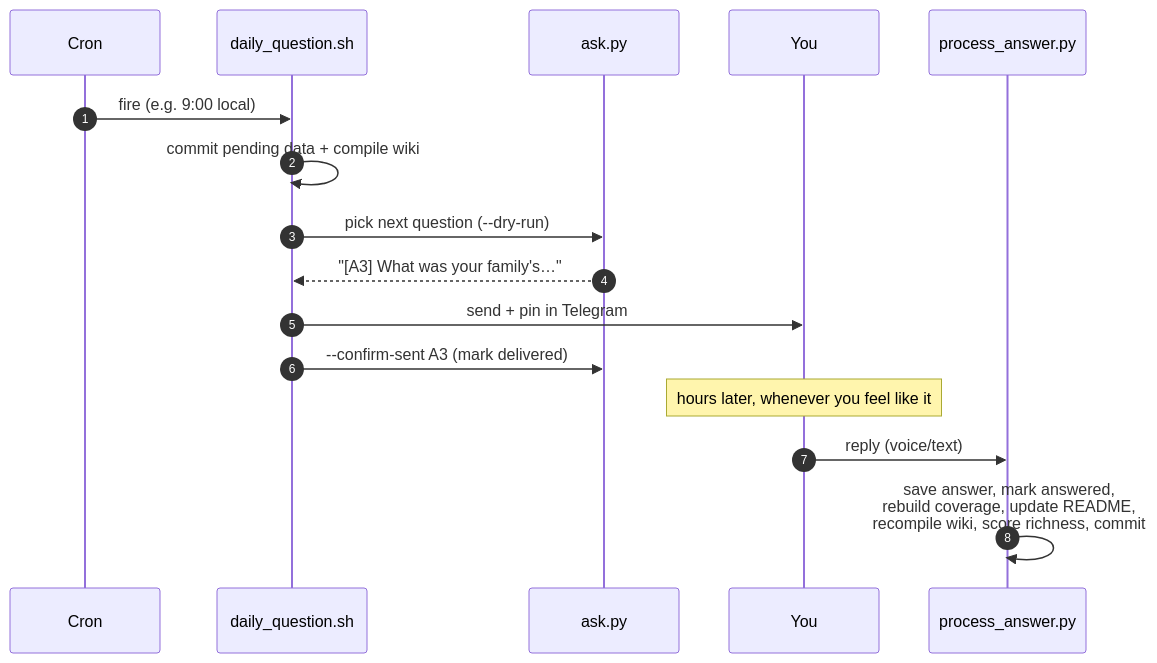
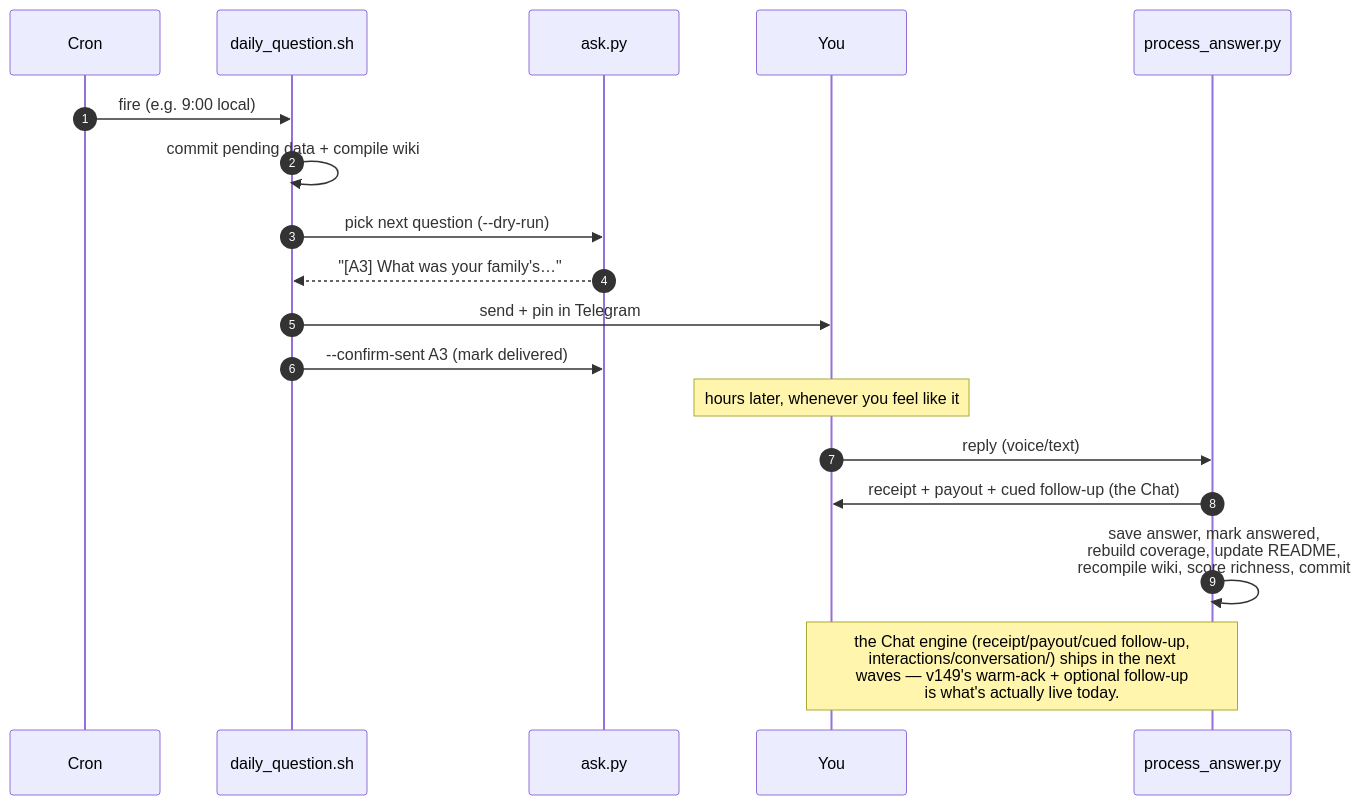
One commit to lifehug/lifehug changed the second of 9 diagrams in README.md. Above: the diagram before and after it, drawn with Mermaid. The commit also changed other lines of this file and 29 other files, not shown here.

First line of the commit message:
feat(114): interactions scaffold + docs — the Conversation Interaction

````diff
--- a/README.md
+++ b/README.md
@@ -121,19 +126,21 @@
 ```mermaid
 sequenceDiagram
     autonumber
     participant Cron
     participant DQ as daily_question.sh
     participant Ask as ask.py
     participant You
     participant PA as process_answer.py
 
     Cron->>DQ: fire (e.g. 9:00 local)
     DQ->>DQ: commit pending data + compile wiki
     DQ->>Ask: pick next question (--dry-run)
     Ask-->>DQ: "[A3] What was your family's…"
     DQ->>You: send + pin in Telegram
     DQ->>Ask: --confirm-sent A3 (mark delivered)
     Note over You: hours later, whenever you feel like it
     You->>PA: reply (voice/text)
+    PA->>You: receipt + payout + cued follow-up (the Chat)
     PA->>PA: save answer, mark answered,<br/>rebuild coverage, update README,<br/>recompile wiki, score richness, commit
+    Note over PA,You: the Chat engine (receipt/payout/cued follow-up,<br/>interactions/conversation/) ships in the next<br/>waves — v149's warm-ack + optional follow-up<br/>is what's actually live today.
 ```
````
